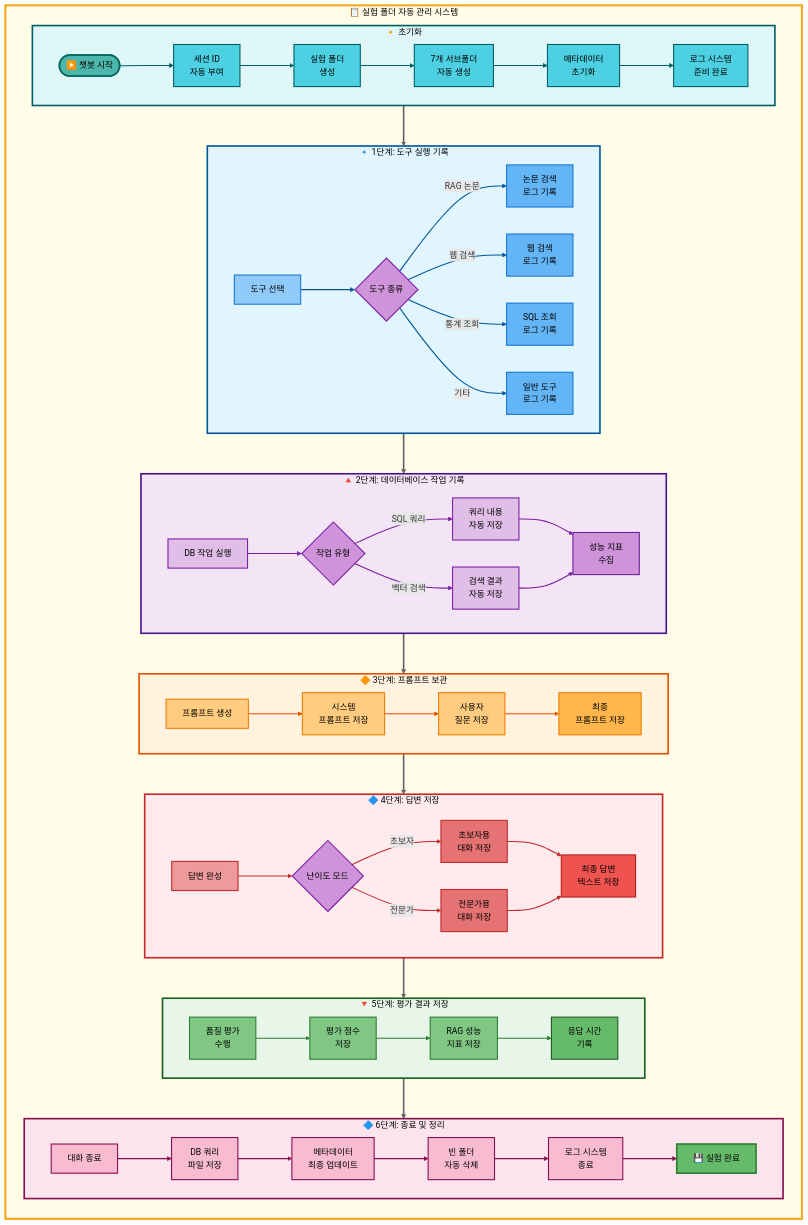
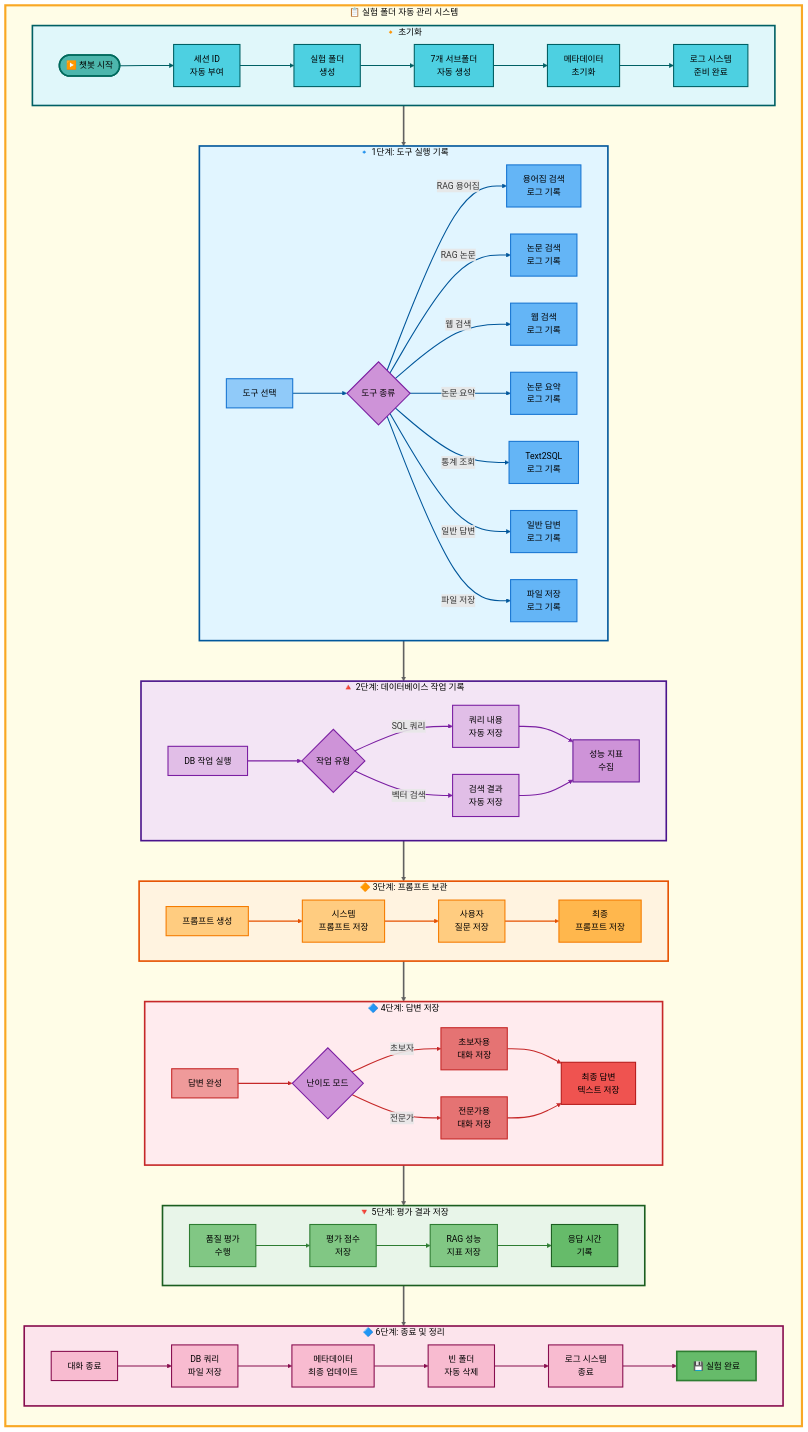
Before and after one commit to AIBootcamp14/langchainproject-new-langchainproject_5: the second of 2 diagrams in README.md, drawn with Mermaid. The commit also changed 1 other file, not shown here.

Commit message:
docs: ExperimentManager 다이어그램 7개 도구 전체 표시 및 미구현 이슈 작성
- 1단계 도구 실행 기록 부분에 7개 도구 모두 표시
- RAG 용어집, RAG 논문, 웹 검색, 논문 요약, Text2SQL, 일반 답변, 파일 저장
- 노드 ID 재배치로 인한 모든 linkStyle 번호 재조정
- 01-9 이슈 파일 생성: 3개 도구 로그 기록 미구현 상세 분석
- 구현된 4개 도구와 미구현 3개 도구 비교 테이블 추가
- Phase별 구현 가이드 및 코드 예시 포함

````diff
--- a/README.md
+++ b/README.md
@@ -1482,51 +1482,54 @@
         subgraph Tools["🔹 1단계: 도구 실행 기록"]
             direction LR
             G[도구 선택] --> H{도구 종류}
-            H -->|RAG 논문| I[논문 검색<br/>로그 기록]
-            H -->|웹 검색| J[웹 검색<br/>로그 기록]
-            H -->|통계 조회| K[SQL 조회<br/>로그 기록]
-            H -->|기타| L[일반 도구<br/>로그 기록]
+            H -->|RAG 용어집| I[용어집 검색<br/>로그 기록]
+            H -->|RAG 논문| J[논문 검색<br/>로그 기록]
+            H -->|웹 검색| K[웹 검색<br/>로그 기록]
+            H -->|논문 요약| L[논문 요약<br/>로그 기록]
+            H -->|통계 조회| M[Text2SQL<br/>로그 기록]
+            H -->|일반 답변| N[일반 답변<br/>로그 기록]
+            H -->|파일 저장| O[파일 저장<br/>로그 기록]
         end
 
         subgraph Database["🔺 2단계: 데이터베이스 작업 기록"]
             direction LR
-            M[DB 작업 실행] --> N{작업 유형}
-            N -->|SQL 쿼리| O[쿼리 내용<br/>자동 저장]
-            N -->|벡터 검색| P[검색 결과<br/>자동 저장]
-            O --> Q[성능 지표<br/>수집]
-            P --> Q
+            P[DB 작업 실행] --> Q{작업 유형}
+            Q -->|SQL 쿼리| R[쿼리 내용<br/>자동 저장]
+            Q -->|벡터 검색| S[검색 결과<br/>자동 저장]
+            R --> T[성능 지표<br/>수집]
+            S --> T
         end
 
         subgraph Prompts["🔶 3단계: 프롬프트 보관"]
             direction LR
-            R[프롬프트 생성] --> S[시스템<br/>프롬프트 저장]
-            S --> T[사용자<br/>질문 저장]
-            T --> U[최종<br/>프롬프트 저장]
+            U[프롬프트 생성] --> V[시스템<br/>프롬프트 저장]
+            V --> W[사용자<br/>질문 저장]
+            W --> X[최종<br/>프롬프트 저장]
         end
 
         subgraph Outputs["🔷 4단계: 답변 저장"]
             direction LR
-            V[답변 완성] --> W{난이도 모드}
-            W -->|초보자| X[초보자용<br/>대화 저장]
-            W -->|전문가| Y[전문가용<br/>대화 저장]
-            X --> Z[최종 답변<br/>텍스트 저장]
-            Y --> Z
+            Y[답변 완성] --> Z{난이도 모드}
+            Z -->|초보자| AA[초보자용<br/>대화 저장]
+            Z -->|전문가| AB[전문가용<br/>대화 저장]
+            AA --> AC[최종 답변<br/>텍스트 저장]
+            AB --> AC
         end
 
         subgraph Evaluation["🔻 5단계: 평가 결과 저장"]
             direction LR
-            AA[품질 평가<br/>수행] --> AB[평가 점수<br/>저장]
-            AB --> AC[RAG 성능<br/>지표 저장]
-            AC --> AD[응답 시간<br/>기록]
+            AD[품질 평가<br/>수행] --> AE[평가 점수<br/>저장]
+            AE --> AF[RAG 성능<br/>지표 저장]
+            AF --> AG[응답 시간<br/>기록]
         end
 
         subgraph Close["🔷 6단계: 종료 및 정리"]
             direction LR
-            AE[대화 종료] --> AF[DB 쿼리<br/>파일 저장]
-            AF --> AG[메타데이터<br/>최종 업데이트]
-            AG --> AH[빈 폴더<br/>자동 삭제]
-            AH --> AI[로그 시스템<br/>종료]
-            AI --> AJ[💾 실험 완료]
+            AH[대화 종료] --> AI[DB 쿼리<br/>파일 저장]
+            AI --> AJ[메타데이터<br/>최종 업데이트]
+            AJ --> AK[빈 폴더<br/>자동 삭제]
+            AK --> AL[로그 시스템<br/>종료]
+            AL --> AM[💾 실험 완료]
         end
 
         Init --> Tools
@@ -1557,47 +1560,50 @@
     style E fill:#4dd0e1,stroke:#006064,stroke-width:2px,color:#000
     style F fill:#4dd0e1,stroke:#006064,stroke-width:2px,color:#000
 
-    %% 노드 스타일 - 1단계
+    %% 노드 스타일 - 1단계 (7개 도구)
     style G fill:#90caf9,stroke:#1976d2,stroke-width:2px,color:#000
     style H fill:#ce93d8,stroke:#7b1fa2,stroke-width:2px,color:#000
     style I fill:#64b5f6,stroke:#1976d2,stroke-width:2px,color:#000
     style J fill:#64b5f6,stroke:#1976d2,stroke-width:2px,color:#000
     style K fill:#64b5f6,stroke:#1976d2,stroke-width:2px,color:#000
     style L fill:#64b5f6,stroke:#1976d2,stroke-width:2px,color:#000
+    style M fill:#64b5f6,stroke:#1976d2,stroke-width:2px,color:#000
+    style N fill:#64b5f6,stroke:#1976d2,stroke-width:2px,color:#000
+    style O fill:#64b5f6,stroke:#1976d2,stroke-width:2px,color:#000
 
     %% 노드 스타일 - 2단계
-    style M fill:#e1bee7,stroke:#7b1fa2,stroke-width:2px,color:#000
-    style N fill:#ce93d8,stroke:#7b1fa2,stroke-width:2px,color:#000
-    style O fill:#e1bee7,stroke:#7b1fa2,stroke-width:2px,color:#000
     style P fill:#e1bee7,stroke:#7b1fa2,stroke-width:2px,color:#000
-    style Q fill:#ce93d8,stroke:#6a1b9a,stroke-width:2px,color:#000
+    style Q fill:#ce93d8,stroke:#7b1fa2,stroke-width:2px,color:#000
+    style R fill:#e1bee7,stroke:#7b1fa2,stroke-width:2px,color:#000
+    style S fill:#e1bee7,stroke:#7b1fa2,stroke-width:2px,color:#000
+    style T fill:#ce93d8,stroke:#6a1b9a,stroke-width:2px,color:#000
 
     %% 노드 스타일 - 3단계
-    style R fill:#ffcc80,stroke:#f57c00,stroke-width:2px,color:#000
-    style S fill:#ffcc80,stroke:#f57c00,stroke-width:2px,color:#000
-    style T fill:#ffcc80,stroke:#f57c00,stroke-width:2px,color:#000
-    style U fill:#ffb74d,stroke:#f57c00,stroke-width:2px,color:#000
+    style U fill:#ffcc80,stroke:#f57c00,stroke-width:2px,color:#000
+    style V fill:#ffcc80,stroke:#f57c00,stroke-width:2px,color:#000
+    style W fill:#ffcc80,stroke:#f57c00,stroke-width:2px,color:#000
+    style X fill:#ffb74d,stroke:#f57c00,stroke-width:2px,color:#000
 
     %% 노드 스타일 - 4단계
-    style V fill:#ef9a9a,stroke:#c62828,stroke-width:2px,color:#000
-    style W fill:#ce93d8,stroke:#7b1fa2,stroke-width:2px,color:#000
-    style X fill:#e57373,stroke:#c62828,stroke-width:2px,color:#000
-    style Y fill:#e57373,stroke:#c62828,stroke-width:2px,color:#000
-    style Z fill:#ef5350,stroke:#b71c1c,stroke-width:2px,color:#000
+    style Y fill:#ef9a9a,stroke:#c62828,stroke-width:2px,color:#000
+    style Z fill:#ce93d8,stroke:#7b1fa2,stroke-width:2px,color:#000
+    style AA fill:#e57373,stroke:#c62828,stroke-width:2px,color:#000
+    style AB fill:#e57373,stroke:#c62828,stroke-width:2px,color:#000
+    style AC fill:#ef5350,stroke:#b71c1c,stroke-width:2px,color:#000
 
     %% 노드 스타일 - 5단계
-    style AA fill:#81c784,stroke:#2e7d32,stroke-width:2px,color:#000
-    style AB fill:#81c784,stroke:#2e7d32,stroke-width:2px,color:#000
-    style AC fill:#81c784,stroke:#2e7d32,stroke-width:2px,color:#000
-    style AD fill:#66bb6a,stroke:#1b5e20,stroke-width:2px,color:#000
+    style AD fill:#81c784,stroke:#2e7d32,stroke-width:2px,color:#000
+    style AE fill:#81c784,stroke:#2e7d32,stroke-width:2px,color:#000
+    style AF fill:#81c784,stroke:#2e7d32,stroke-width:2px,color:#000
+    style AG fill:#66bb6a,stroke:#1b5e20,stroke-width:2px,color:#000
 
     %% 노드 스타일 - 6단계
-    style AE fill:#f8bbd0,stroke:#880e4f,stroke-width:2px,color:#000
-    style AF fill:#f8bbd0,stroke:#880e4f,stroke-width:2px,color:#000
-    style AG fill:#f8bbd0,stroke:#880e4f,stroke-width:2px,color:#000
     style AH fill:#f8bbd0,stroke:#880e4f,stroke-width:2px,color:#000
     style AI fill:#f8bbd0,stroke:#880e4f,stroke-width:2px,color:#000
-    style AJ fill:#66bb6a,stroke:#2e7d32,stroke-width:3px,color:#000
+    style AJ fill:#f8bbd0,stroke:#880e4f,stroke-width:2px,color:#000
+    style AK fill:#f8bbd0,stroke:#880e4f,stroke-width:2px,color:#000
+    style AL fill:#f8bbd0,stroke:#880e4f,stroke-width:2px,color:#000
+    style AM fill:#66bb6a,stroke:#2e7d32,stroke-width:3px,color:#000
 
     %% 연결선 스타일 - 초기화 (0~4)
     linkStyle 0 stroke:#006064,stroke-width:2px
@@ -1606,49 +1612,52 @@
     linkStyle 3 stroke:#006064,stroke-width:2px
     linkStyle 4 stroke:#006064,stroke-width:2px
 
-    %% 연결선 스타일 - 1단계 (5~8)
+    %% 연결선 스타일 - 1단계 7개 도구 (5~11)
     linkStyle 5 stroke:#01579b,stroke-width:2px
     linkStyle 6 stroke:#01579b,stroke-width:2px
     linkStyle 7 stroke:#01579b,stroke-width:2px
     linkStyle 8 stroke:#01579b,stroke-width:2px
     linkStyle 9 stroke:#01579b,stroke-width:2px
+    linkStyle 10 stroke:#01579b,stroke-width:2px
+    linkStyle 11 stroke:#01579b,stroke-width:2px
+    linkStyle 12 stroke:#01579b,stroke-width:2px
 
-    %% 연결선 스타일 - 2단계 (10~14)
-    linkStyle 10 stroke:#7b1fa2,stroke-width:2px
-    linkStyle 11 stroke:#7b1fa2,stroke-width:2px
-    linkStyle 12 stroke:#7b1fa2,stroke-width:2px
+    %% 연결선 스타일 - 2단계 (13~17)
     linkStyle 13 stroke:#7b1fa2,stroke-width:2px
     linkStyle 14 stroke:#7b1fa2,stroke-width:2px
+    linkStyle 15 stroke:#7b1fa2,stroke-width:2px
+    linkStyle 16 stroke:#7b1fa2,stroke-width:2px
+    linkStyle 17 stroke:#7b1fa2,stroke-width:2px
 
-    %% 연결선 스타일 - 3단계 (15~17)
-    linkStyle 15 stroke:#e65100,stroke-width:2px
-    linkStyle 16 stroke:#e65100,stroke-width:2px
-    linkStyle 17 stroke:#e65100,stroke-width:2px
+    %% 연결선 스타일 - 3단계 (18~20)
+    linkStyle 18 stroke:#e65100,stroke-width:2px
+    linkStyle 19 stroke:#e65100,stroke-width:2px
+    linkStyle 20 stroke:#e65100,stroke-width:2px
 
-    %% 연결선 스타일 - 4단계 (18~22)
-    linkStyle 18 stroke:#c62828,stroke-width:2px
-    linkStyle 19 stroke:#c62828,stroke-width:2px
-    linkStyle 20 stroke:#c62828,stroke-width:2px
+    %% 연결선 스타일 - 4단계 (21~25)
     linkStyle 21 stroke:#c62828,stroke-width:2px
     linkStyle 22 stroke:#c62828,stroke-width:2px
+    linkStyle 23 stroke:#c62828,stroke-width:2px
+    linkStyle 24 stroke:#c62828,stroke-width:2px
+    linkStyle 25 stroke:#c62828,stroke-width:2px
 
-    %% 연결선 스타일 - 5단계 (23~25)
-    linkStyle 23 stroke:#2e7d32,stroke-width:2px
-    linkStyle 24 stroke:#2e7d32,stroke-width:2px
-    linkStyle 25 stroke:#2e7d32,stroke-width:2px
+    %% 연결선 스타일 - 5단계 (26~28)
+    linkStyle 26 stroke:#2e7d32,stroke-width:2px
+    linkStyle 27 stroke:#2e7d32,stroke-width:2px
+    linkStyle 28 stroke:#2e7d32,stroke-width:2px
 
-    %% 연결선 스타일 - 6단계 (26~30)
-    linkStyle 26 stroke:#880e4f,stroke-width:2px
-    linkStyle 27 stroke:#880e4f,stroke-width:2px
-    linkStyle 28 stroke:#880e4f,stroke-width:2px
+    %% 연결선 스타일 - 6단계 (29~33)
     linkStyle 29 stroke:#880e4f,stroke-width:2px
     linkStyle 30 stroke:#880e4f,stroke-width:2px
+    linkStyle 31 stroke:#880e4f,stroke-width:2px
+    linkStyle 32 stroke:#880e4f,stroke-width:2px
+    linkStyle 33 stroke:#880e4f,stroke-width:2px
 
-    %% 단계 간 연결 (31~36)
-    linkStyle 31 stroke:#616161,stroke-width:3px
-    linkStyle 32 stroke:#616161,stroke-width:3px
-    linkStyle 33 stroke:#616161,stroke-width:3px
+    %% 단계 간 연결 (34~39)
     linkStyle 34 stroke:#616161,stroke-width:3px
     linkStyle 35 stroke:#616161,stroke-width:3px
     linkStyle 36 stroke:#616161,stroke-width:3px
+    linkStyle 37 stroke:#616161,stroke-width:3px
+    linkStyle 38 stroke:#616161,stroke-width:3px
+    linkStyle 39 stroke:#616161,stroke-width:3px
 ```
````
